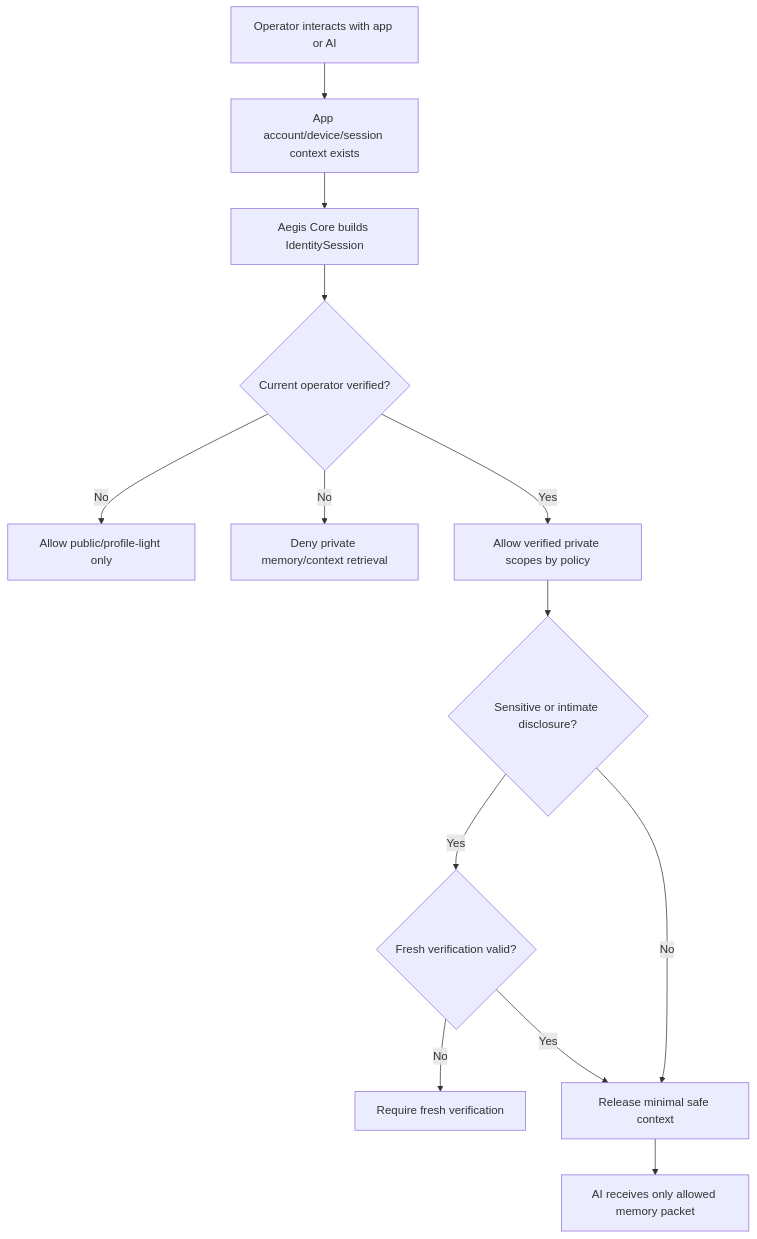
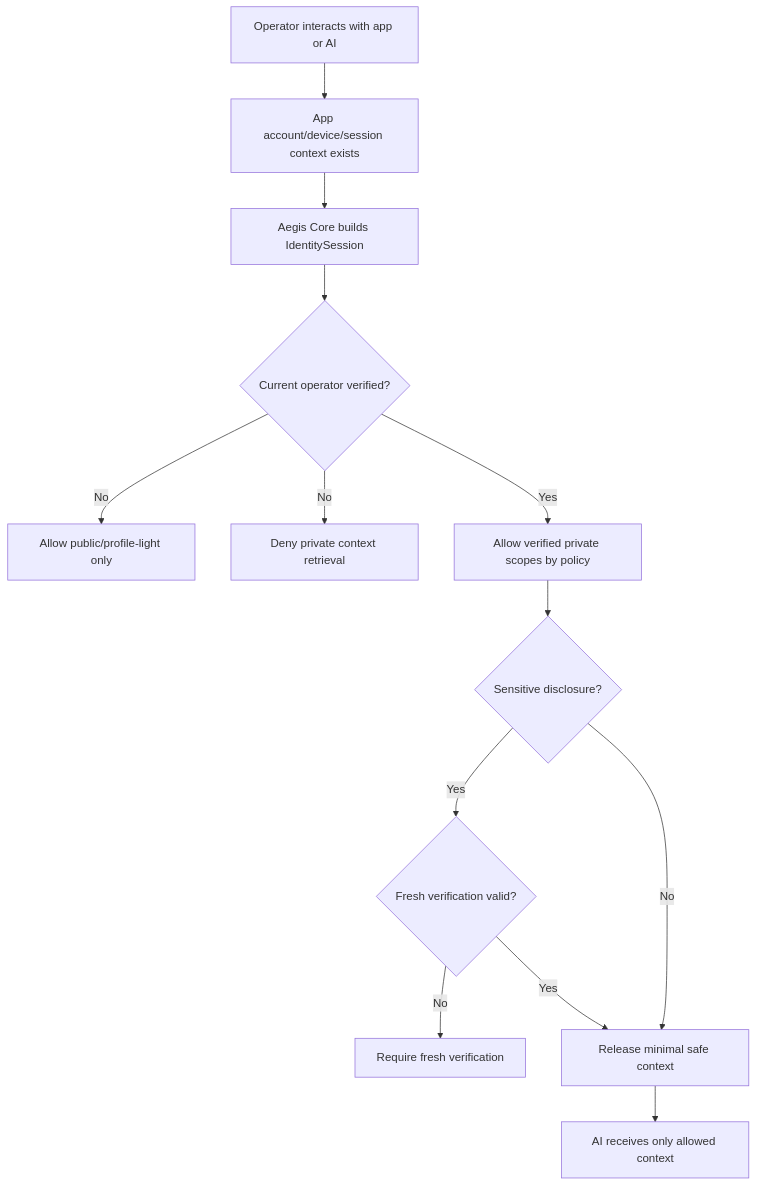
One commit to AegisAgentAscalon/Aegis-Core changed the diagram in docs/plans/IDENTITY_GATE_OPERATOR_AWARENESS_ADDENDUM.md. Above: the diagram before and after it, drawn with Mermaid. The commit also changed other lines of this file, not shown here.

````diff
--- a/docs/plans/IDENTITY_GATE_OPERATOR_AWARENESS_ADDENDUM.md
+++ b/docs/plans/IDENTITY_GATE_OPERATOR_AWARENESS_ADDENDUM.md
@@ -147,15 +98,15 @@
 ```mermaid
 flowchart TD
     A[Operator interacts with app or AI] --> B[App account/device/session context exists]
     B --> C[Aegis Core builds IdentitySession]
     C --> D{Current operator verified?}
     D -- No --> E[Allow public/profile-light only]
-    D -- No --> F[Deny private memory/context retrieval]
+    D -- No --> F[Deny private context retrieval]
     D -- Yes --> G[Allow verified private scopes by policy]
-    G --> H{Sensitive or intimate disclosure?}
+    G --> H{Sensitive disclosure?}
     H -- Yes --> I{Fresh verification valid?}
     I -- No --> J[Require fresh verification]
     I -- Yes --> K[Release minimal safe context]
     H -- No --> K
-    K --> L[AI receives only allowed memory packet]
+    K --> L[AI receives only allowed context]
 ```
````
